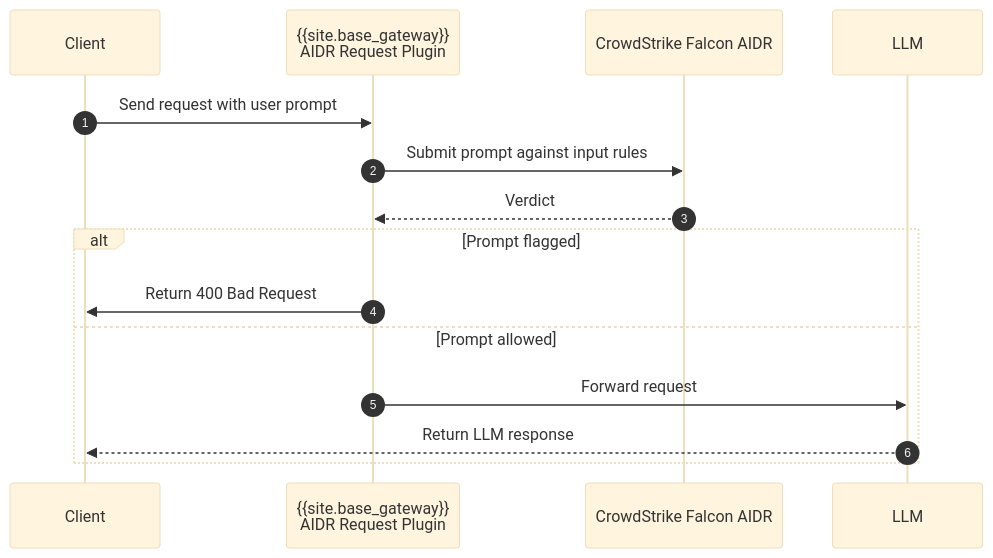
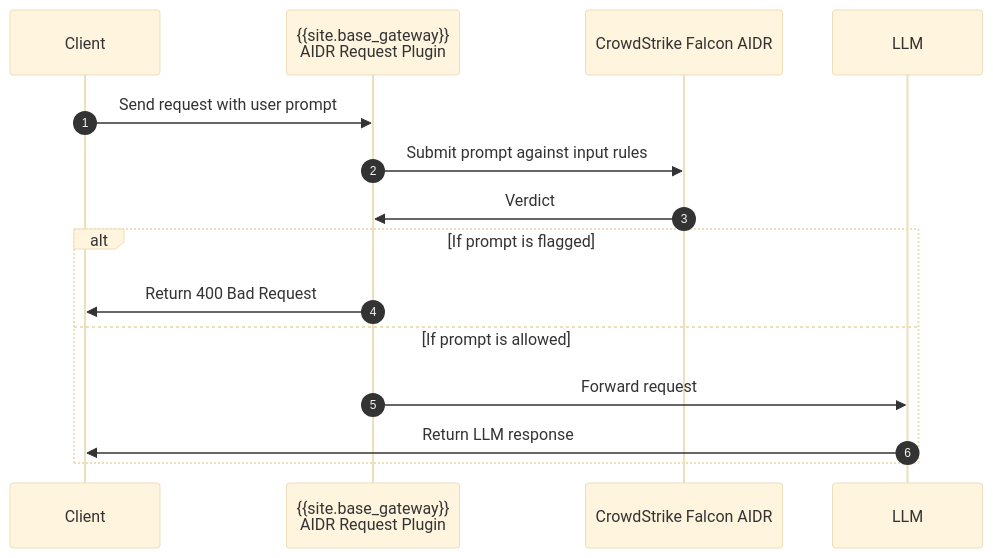
Before and after one commit to Kong/developer.konghq.com: the diagram in app/_kong_plugins/crowdstrike-aidr-request/index.md, drawn with Mermaid (base theme). The commit also changed other lines of this file and 2 other files, not shown here.

Commit message:
improve diagrams + add captions, apply reviewer feedback

```diff
--- a/app/_kong_plugins/crowdstrike-aidr-request/index.md
+++ b/app/_kong_plugins/crowdstrike-aidr-request/index.md
@@ -64,19 +64,19 @@
 {% mermaid %}
 sequenceDiagram
 autonumber
     participant Client
     participant Plugin as {{site.base_gateway}}<br/>AIDR Request Plugin
     participant AIDR as CrowdStrike Falcon AIDR
     participant LLM
 
     Client->>Plugin: Send request with user prompt
     Plugin->>AIDR: Submit prompt against input rules
-    AIDR-->>Plugin: Verdict
+    AIDR->>Plugin: Verdict
 
-    alt Prompt flagged
+    alt If prompt is flagged
         Plugin->>Client: Return 400 Bad Request
-    else Prompt allowed
+    else If prompt is allowed
         Plugin->>LLM: Forward request
-        LLM-->>Client: Return LLM response
+        LLM->>Client: Return LLM response
     end
 {% endmermaid %}
```
